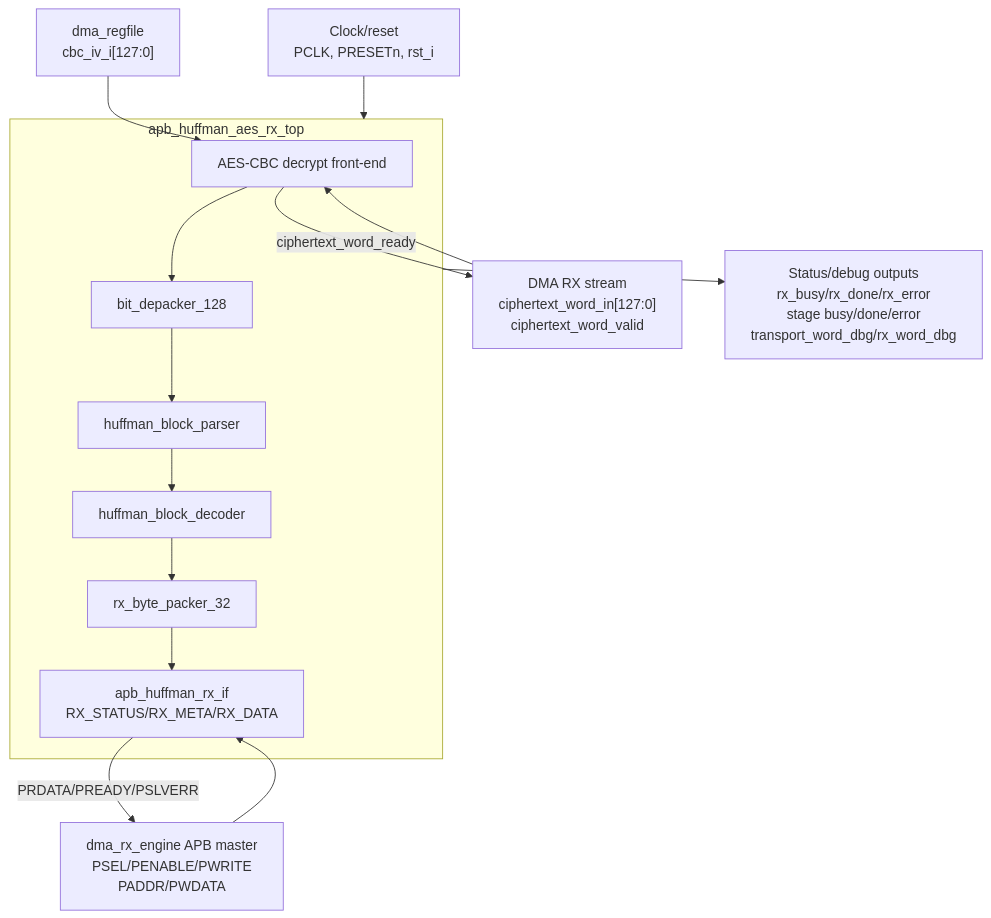
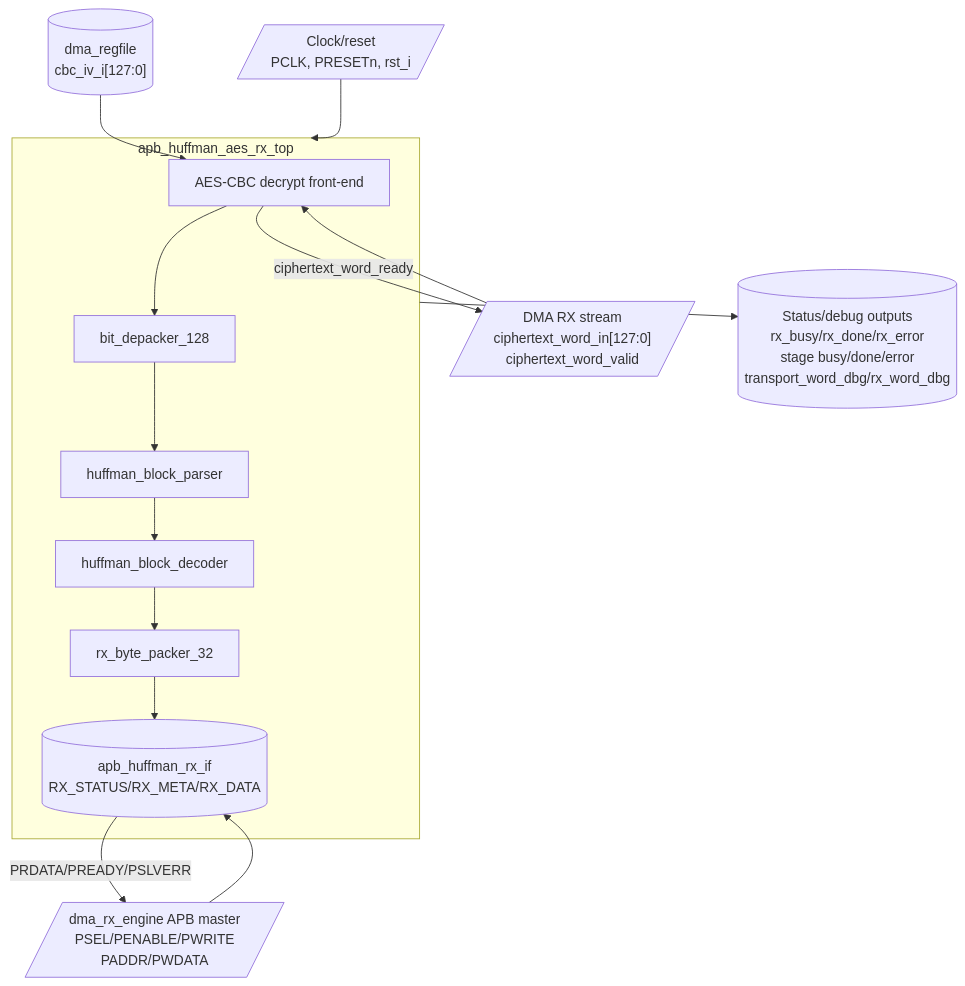
The third of 5 diagrams in docs/rx_path_end_to_end_spec.md (ngoquocan139/AES_huffman_all6), drawn with Mermaid before and after one commit. The commit also changed other lines of this file and 28 other files, not shown here.

````diff
--- a/docs/rx_path_end_to_end_spec.md
+++ b/docs/rx_path_end_to_end_spec.md
@@ -111,20 +111,20 @@
 ```mermaid
 flowchart TB
     subgraph RXTOP["apb_huffman_aes_rx_top"]
         AES["AES-CBC decrypt front-end"]
         DEPK["bit_depacker_128"]
         PAR["huffman_block_parser"]
         DEC["huffman_block_decoder"]
         PKR["rx_byte_packer_32"]
-        APBIF["apb_huffman_rx_if<br/>RX_STATUS/RX_META/RX_DATA"]
+        APBIF[("apb_huffman_rx_if<br/>RX_STATUS/RX_META/RX_DATA")]
         AES --> DEPK --> PAR --> DEC --> PKR --> APBIF
     end
 
-    CLK["Clock/reset<br/>PCLK, PRESETn, rst_i"] --> RXTOP
-    DMAIN["DMA RX stream<br/>ciphertext_word_in[127:0]<br/>ciphertext_word_valid"] --> AES
+    CLK[/"Clock/reset<br/>PCLK, PRESETn, rst_i"/] --> RXTOP
+    DMAIN[/"DMA RX stream<br/>ciphertext_word_in[127:0]<br/>ciphertext_word_valid"/] --> AES
     AES -->|"ciphertext_word_ready"| DMAIN
-    IV["dma_regfile<br/>cbc_iv_i[127:0]"] --> AES
-    APBM["dma_rx_engine APB master<br/>PSEL/PENABLE/PWRITE<br/>PADDR/PWDATA"] --> APBIF
+    IV[("dma_regfile<br/>cbc_iv_i[127:0]")] --> AES
+    APBM[/"dma_rx_engine APB master<br/>PSEL/PENABLE/PWRITE<br/>PADDR/PWDATA"/] --> APBIF
     APBIF -->|"PRDATA/PREADY/PSLVERR"| APBM
-    RXTOP --> STS["Status/debug outputs<br/>rx_busy/rx_done/rx_error<br/>stage busy/done/error<br/>transport_word_dbg/rx_word_dbg"]
+    RXTOP --> STS[("Status/debug outputs<br/>rx_busy/rx_done/rx_error<br/>stage busy/done/error<br/>transport_word_dbg/rx_word_dbg")]
 ```
````
